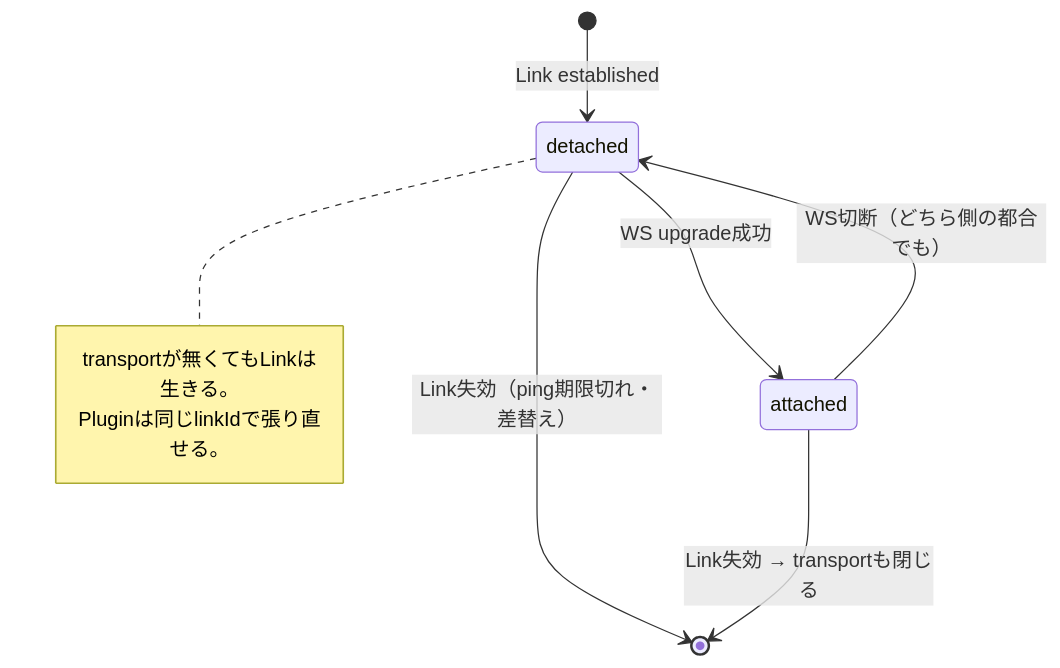
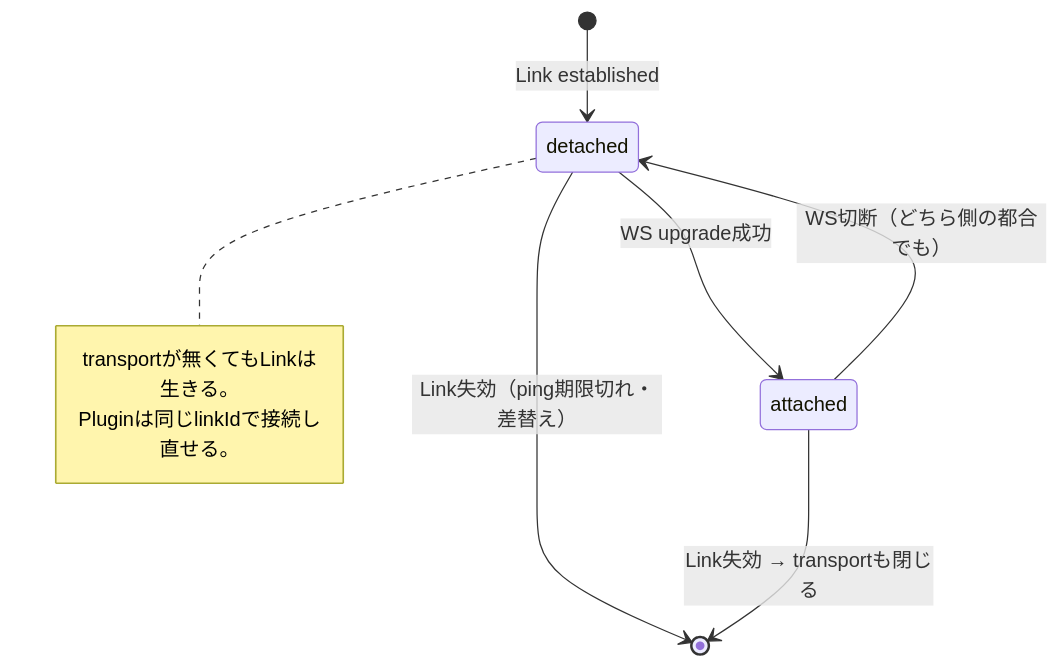
One commit to naatin777/plugumi changed the second of 2 diagrams in docs/contracts/00002-async-channel.md. Above: the diagram before and after it, drawn with Mermaid. The commit also changed other lines of this file and 56 other files, not shown here.

````diff
--- a/docs/contracts/00002-async-channel.md
+++ b/docs/contracts/00002-async-channel.md
@@ -51,12 +51,12 @@
 ```mermaid
 stateDiagram-v2
     [*] --> detached: Link established
     detached --> attached: WS upgrade成功
     attached --> detached: WS切断（どちら側の都合でも）
     detached --> [*]: Link失効（ping期限切れ・差替え）
     attached --> [*]: Link失効 → transportも閉じる
     note right of detached
         transportが無くてもLinkは生きる。
-        Pluginは同じlinkIdで張り直せる。
+        Pluginは同じlinkIdで接続し直せる。
     end note
 ```
````
